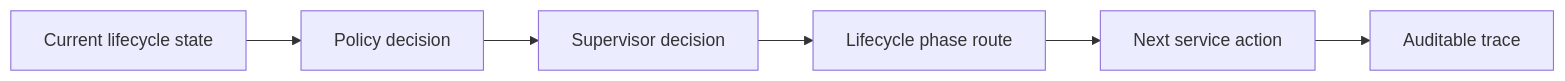
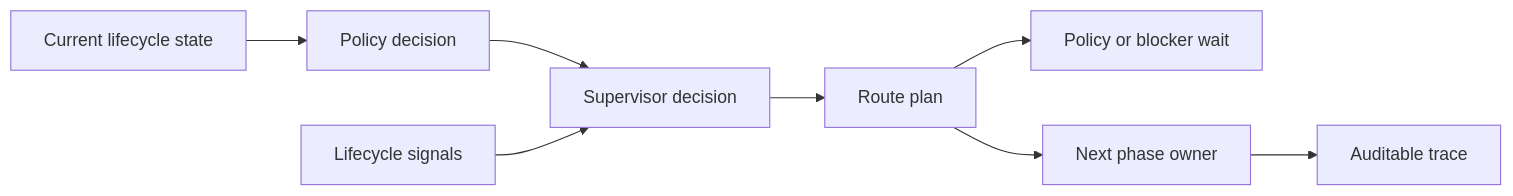
One commit to VannaDii/ironloom changed the diagram in packages/supervisor/README.md. Above: the diagram before and after it, drawn with Mermaid. The commit also changed other lines of this file and 12 other files, not shown here.

Commit message:
feat: add supervisor lifecycle route plans

````diff
--- a/packages/supervisor/README.md
+++ b/packages/supervisor/README.md
@@ -11,8 +11,10 @@
 ```mermaid
 flowchart LR
   State[Current lifecycle state] --> Policy[Policy decision]
   Policy --> Decision[Supervisor decision]
-  Decision --> Phase[Lifecycle phase route]
-  Phase --> Next[Next service action]
+  Signals[Lifecycle signals] --> Decision
+  Decision --> Route[Route plan]
+  Route --> Blocked[Policy or blocker wait]
+  Route --> Next[Next phase owner]
   Next --> Trace[Auditable trace]
 ```
````
